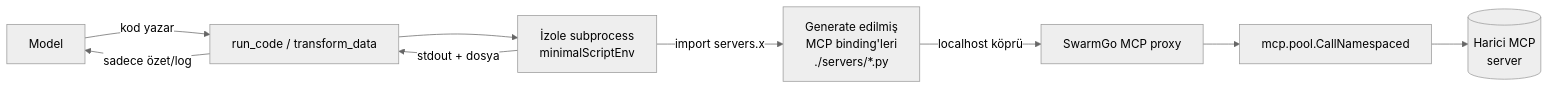
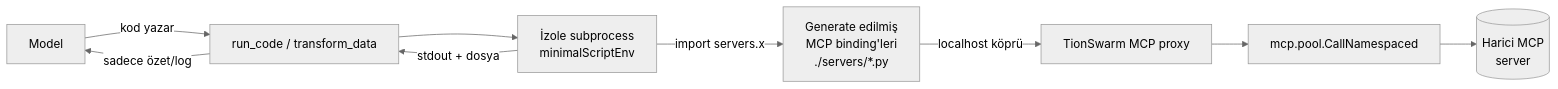
The second of 5 diagrams in _Docs/44-CODE-EXECUTION-MCP.md (bilal-arikan/tionharness), drawn with Mermaid (neutral theme) before and after one commit. The commit also changed other lines of this file and 433 other files, not shown here.

First line of the commit message:
refactor: rename SwarmGo -> TionSwarm across code, docs, skills

````diff
--- a/_Docs/44-CODE-EXECUTION-MCP.md
+++ b/_Docs/44-CODE-EXECUTION-MCP.md
@@ -117,11 +117,11 @@
 ```mermaid
 graph LR
     M[Model] -->|kod yazar| RC[run_code / transform_data]
     RC --> SB[İzole subprocess<br/>minimalScriptEnv]
     SB -->|import servers.x| API[Generate edilmiş<br/>MCP binding'leri<br/>./servers/*.py]
-    API -->|localhost köprü| BR[SwarmGo MCP proxy]
+    API -->|localhost köprü| BR[TionSwarm MCP proxy]
     BR --> POOL[mcp.pool.CallNamespaced]
     POOL --> EXT[(Harici MCP<br/>server)]
     SB -->|stdout + dosya| RC
     RC -->|sadece özet/log| M
 ```
````
